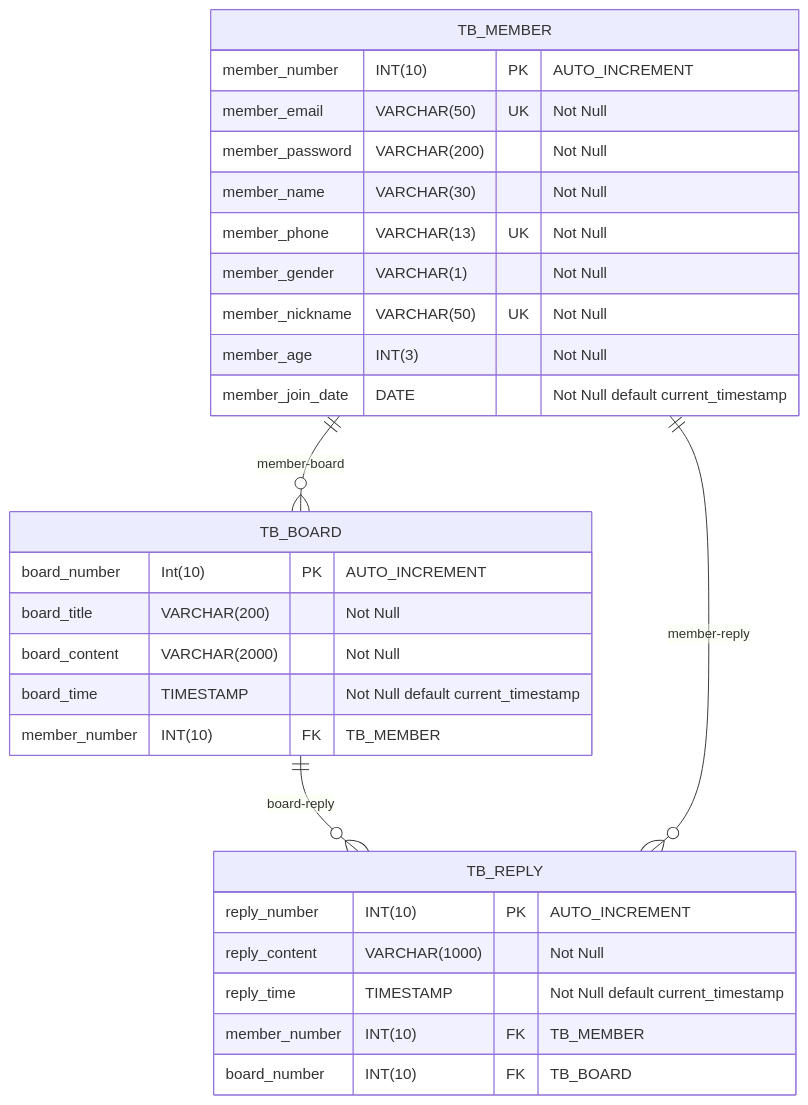
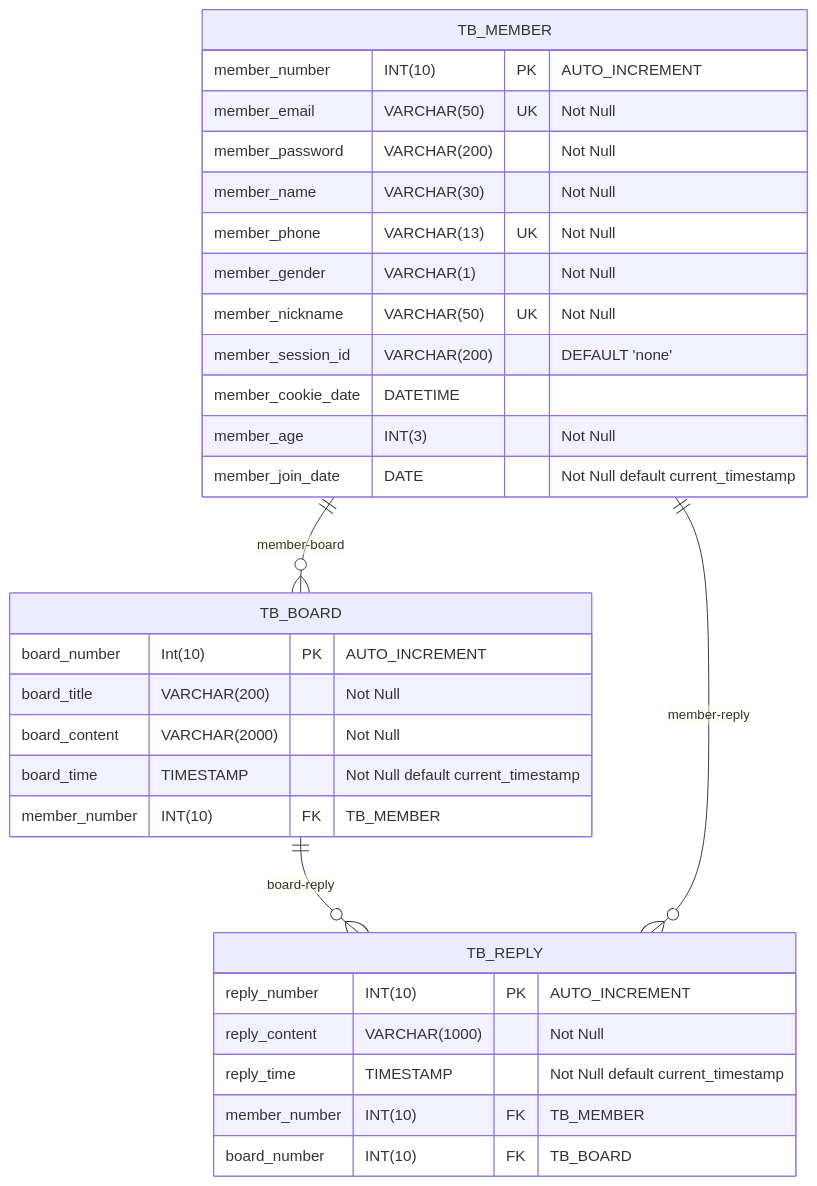
One commit to Choongang-Third-Project/jeju-campking changed the fifth of 10 diagrams in docs/README.md. Above: the diagram before and after it, drawn with Mermaid. The commit also changed other lines of this file, not shown here.

````diff
--- a/docs/README.md
+++ b/docs/README.md
@@ -184,34 +235,37 @@
 ```mermaid
 erDiagram
     TB_MEMBER ||--o{ TB_BOARD: member-board
     TB_BOARD ||--o{ TB_REPLY: board-reply
     TB_MEMBER ||--o{ TB_REPLY: member-reply
 
     TB_MEMBER {
         member_number INT(10) PK "AUTO_INCREMENT"
         member_email VARCHAR(50) UK "Not Null"
         member_password VARCHAR(200) "Not Null"
         member_name VARCHAR(30) "Not Null"
         member_phone VARCHAR(13) UK "Not Null"
         member_gender VARCHAR(1) "Not Null"
         member_nickname VARCHAR(50) UK "Not Null"
+        member_session_id VARCHAR(200) "DEFAULT 'none'"
+        member_cookie_date DATETIME
         member_age INT(3) "Not Null"
         member_join_date DATE "Not Null default current_timestamp"
     }
+
 
     TB_BOARD {
         board_number Int(10) PK "AUTO_INCREMENT"
         board_title VARCHAR(200) "Not Null"
         board_content VARCHAR(2000) "Not Null"
         board_time TIMESTAMP "Not Null default current_timestamp"
         member_number INT(10) FK "TB_MEMBER"
     }
 
     TB_REPLY {
         reply_number INT(10) PK "AUTO_INCREMENT"
         reply_content VARCHAR(1000) "Not Null"
         reply_time TIMESTAMP "Not Null default current_timestamp"
         member_number INT(10) FK "TB_MEMBER"
         board_number INT(10) FK "TB_BOARD"
     }
 ```
````
